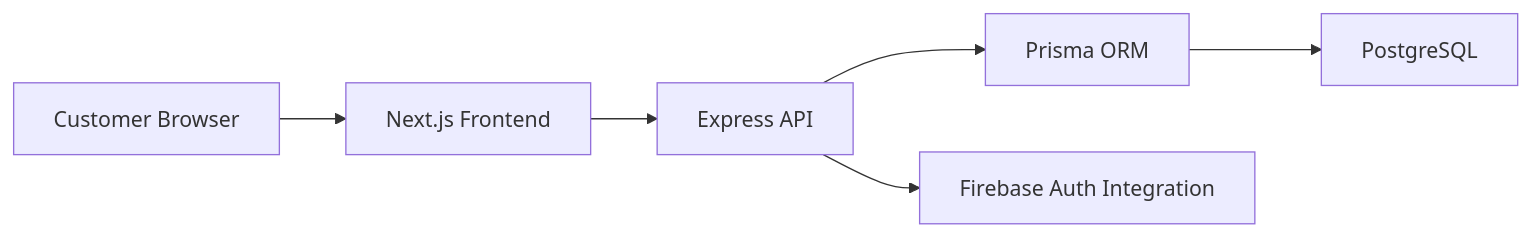
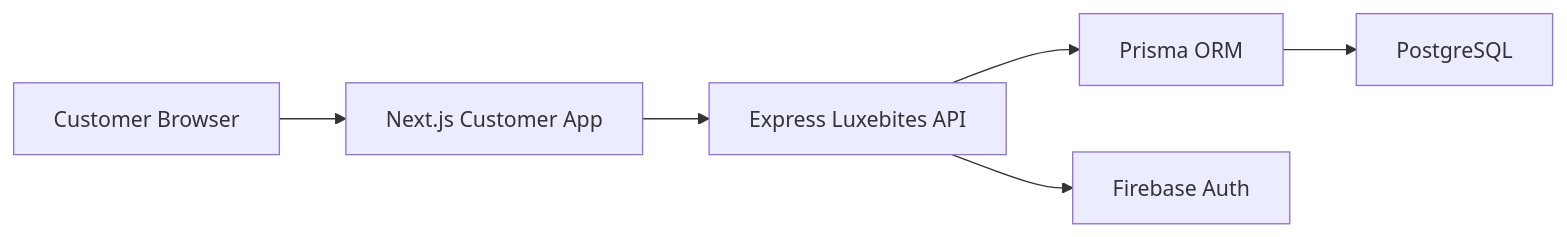
One commit to Rohandalal8/LuxeBites changed the diagram in README.md. Above: the diagram before and after it, drawn with Mermaid. The commit also changed other lines of this file and 51 other files, not shown here.

````diff
--- a/README.md
+++ b/README.md
@@ -16,8 +9,8 @@
 ```mermaid
 flowchart LR
-    A[Customer Browser] --> B[Next.js Frontend]
-    B --> C[Express API]
+    A[Customer Browser] --> B[Next.js Customer App]
+    B --> C[Express Luxebites API]
     C --> D[Prisma ORM]
     D --> E[PostgreSQL]
-    C --> F[Firebase Auth Integration]
+    C --> F[Firebase Auth]
 ```
````
